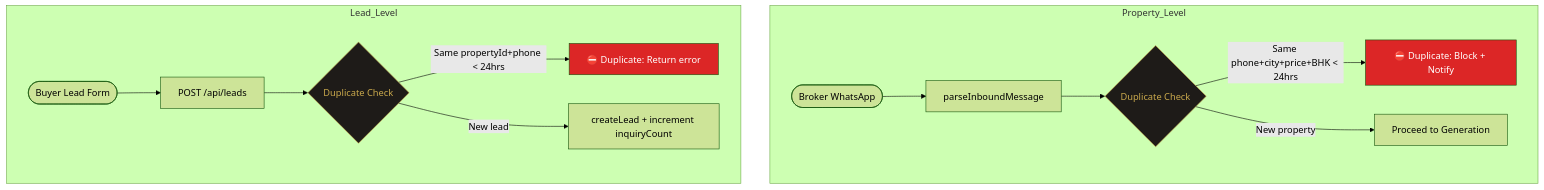
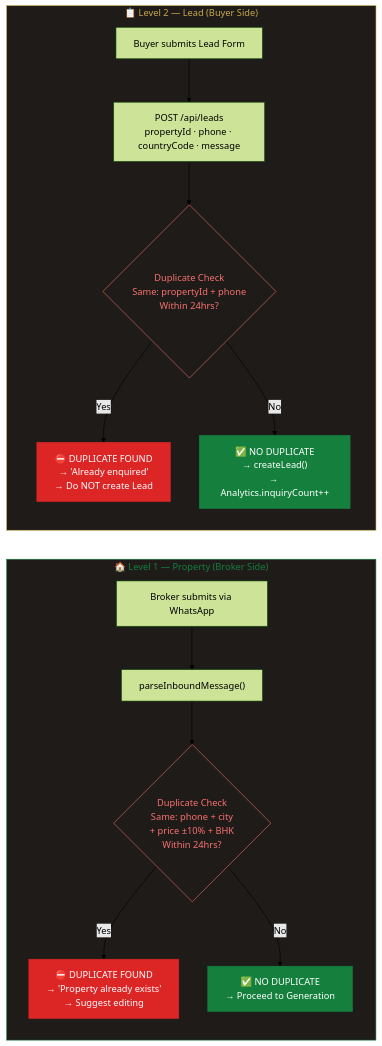
One commit to DeadCoder-N/Soryvanta changed diagram 12 of 16 in README.md. Above: the diagram before and after it, drawn with Mermaid (forest theme). The commit also changed other lines of this file and 1 other file, not shown here.

````diff
--- a/README.md
+++ b/README.md
@@ -1018,21 +962,37 @@
 ```mermaid
-flowchart TD
-    subgraph Property_Level
-        A1([Broker WhatsApp]) --> B1[parseInboundMessage]
-        B1 --> C1{Duplicate Check}
-        C1 -->|Same phone+city+price+BHK < 24hrs| D1[⛔ Duplicate: Block + Notify]
-        C1 -->|New property| E1[Proceed to Generation]
+flowchart LR
+    subgraph PROPERTY_LEVEL["🏠 Level 1 — Property (Broker Side)"]
+        direction TB
+        P_INPUT["Broker submits via WhatsApp"]
+        P_PARSE["parseInboundMessage()"]
+        P_CHECK{"Duplicate Check<br/>Same: phone + city<br/>+ price ±10% + BHK<br/>Within 24hrs?"}
+        P_DUP["⛔ DUPLICATE FOUND<br/>→ 'Property already exists'<br/>→ Suggest editing"]
+        P_NEW["✅ NO DUPLICATE<br/>→ Proceed to Generation"]
+        
+        P_INPUT --> P_PARSE --> P_CHECK
+        P_CHECK -->|Yes| P_DUP
+        P_CHECK -->|No| P_NEW
     end
 
-    subgraph Lead_Level
-        A2([Buyer Lead Form]) --> B2[POST /api/leads]
-        B2 --> C2{Duplicate Check}
-        C2 -->|Same propertyId+phone < 24hrs| D2[⛔ Duplicate: Return error]
-        C2 -->|New lead| E2[createLead + increment inquiryCount]
+    subgraph LEAD_LEVEL["📋 Level 2 — Lead (Buyer Side)"]
+        direction TB
+        L_INPUT["Buyer submits Lead Form"]
+        L_API["POST /api/leads<br/>propertyId · phone · countryCode · message"]
+        L_CHECK{"Duplicate Check<br/>Same: propertyId + phone<br/>Within 24hrs?"}
+        L_DUP["⛔ DUPLICATE FOUND<br/>→ 'Already enquired'<br/>→ Do NOT create Lead"]
+        L_NEW["✅ NO DUPLICATE<br/>→ createLead()<br/>→ Analytics.inquiryCount++"]
+        
+        L_INPUT --> L_API --> L_CHECK
+        L_CHECK -->|Yes| L_DUP
+        L_CHECK -->|No| L_NEW
     end
 
-    style D1 fill:#DC2626,color:#fff
-    style D2 fill:#DC2626,color:#fff
-    style C1 fill:#1e1b18,color:#C9A84C,stroke:#C9A84C
-    style C2 fill:#1e1b18,color:#C9A84C,stroke:#C9A84C
+    style PROPERTY_LEVEL fill:#1e1b18,color:#15803D,stroke:#15803D
+    style LEAD_LEVEL fill:#1e1b18,color:#C9A84C,stroke:#C9A84C
+    style P_CHECK fill:#1e1b18,color:#f87171,stroke:#f87171
+    style L_CHECK fill:#1e1b18,color:#f87171,stroke:#f87171
+    style P_DUP fill:#DC2626,color:#fff,stroke:#DC2626
+    style L_DUP fill:#DC2626,color:#fff,stroke:#DC2626
+    style P_NEW fill:#15803D,color:#fff,stroke:#15803D
+    style L_NEW fill:#15803D,color:#fff,stroke:#15803D
 ```
````
